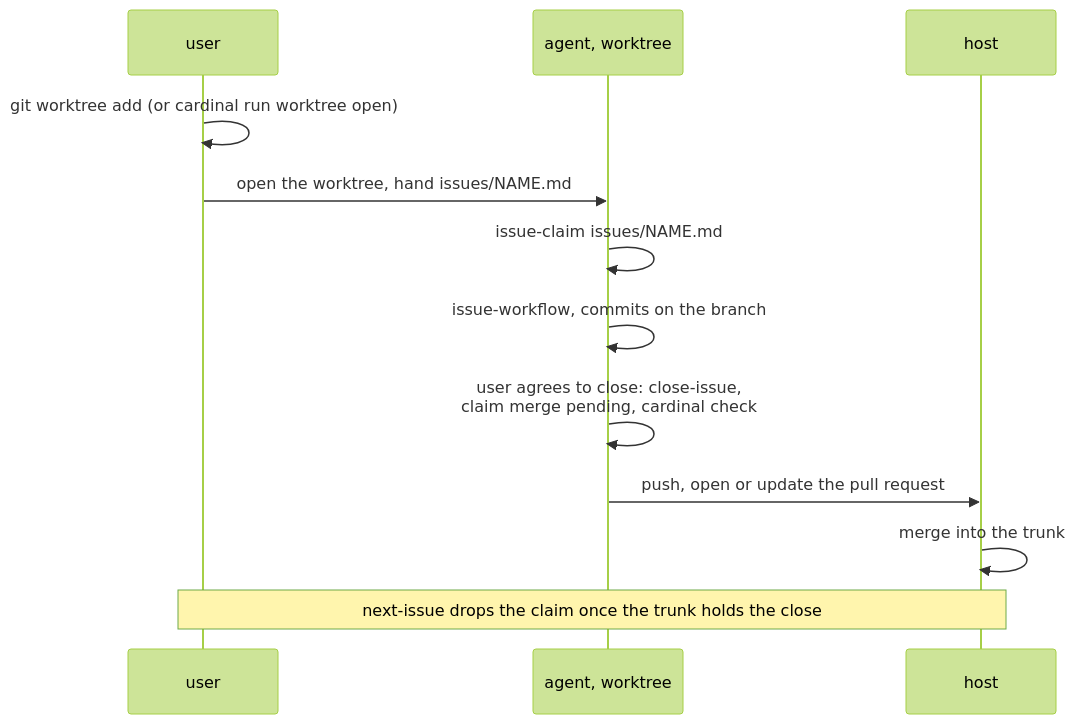
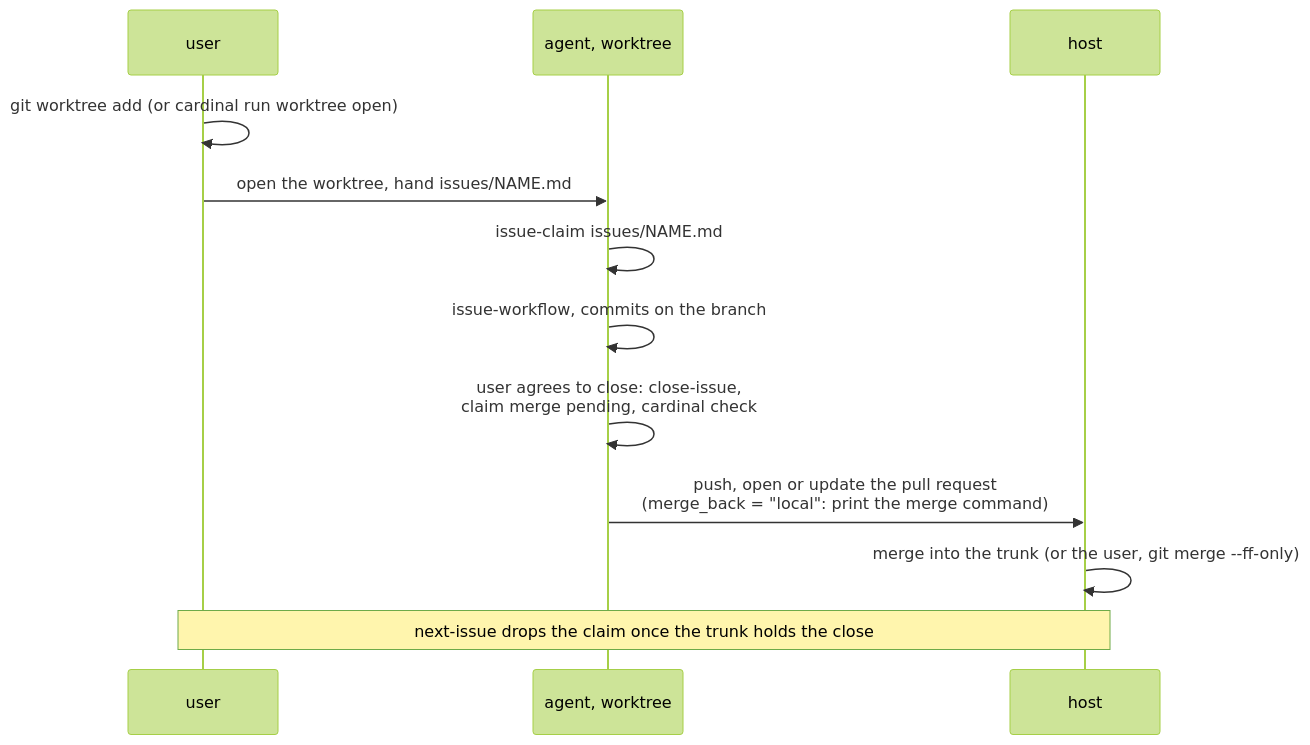
One commit to Electron-libre/cardinal changed the third of 3 diagrams in docs/workflow.md. Above: the diagram before and after it, drawn with Mermaid (forest theme). The commit also changed other lines of this file and 9 other files, not shown here.

````diff
--- a/docs/workflow.md
+++ b/docs/workflow.md
@@ -95,14 +95,14 @@
 ```mermaid
 sequenceDiagram
   participant U as user
   participant W as agent, worktree
   participant H as host
   U->>U: git worktree add (or cardinal run worktree open)
   U->>W: open the worktree, hand issues/NAME.md
   W->>W: issue-claim issues/NAME.md
   W->>W: issue-workflow, commits on the branch
   W->>W: user agrees to close: close-issue,<br/>claim merge pending, cardinal check
-  W->>H: push, open or update the pull request
-  H->>H: merge into the trunk
+  W->>H: push, open or update the pull request<br/>(merge_back = "local": print the merge command)
+  H->>H: merge into the trunk (or the user, git merge --ff-only)
   Note over U,H: next-issue drops the claim once the trunk holds the close
 ```
````
